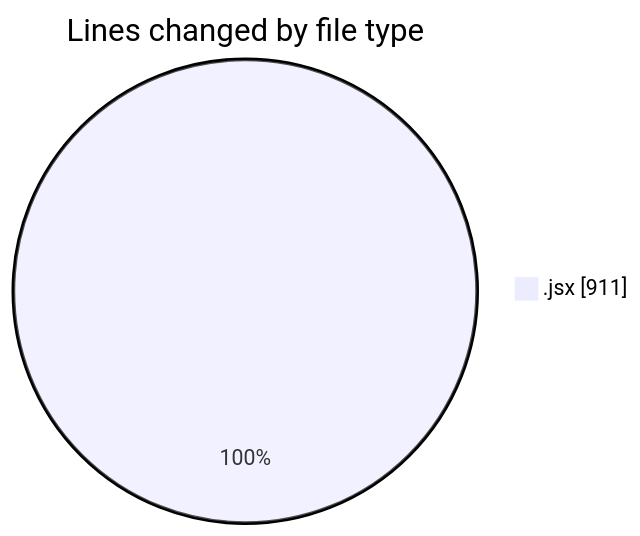
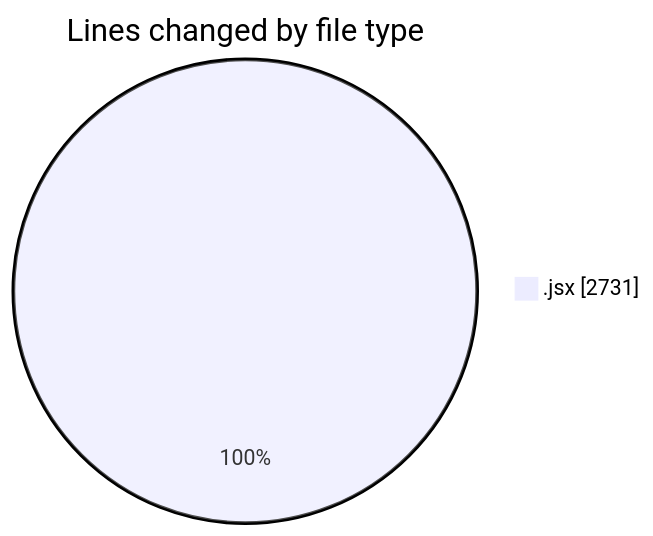
One commit to nxtqubesakshisongat/code-tracking changed the first of 2 diagrams in 2025-07-10/argos/README.md. Above: the diagram before and after it, drawn with Mermaid. The commit also changed other lines of this file and 1 other file, not shown here.

````diff
--- a/2025-07-10/argos/README.md
+++ b/2025-07-10/argos/README.md
@@ -22,5 +23,5 @@
 ```mermaid
 pie showData
 title Lines changed by file type
-".jsx" : 911
+".jsx" : 2731
 ```
````
